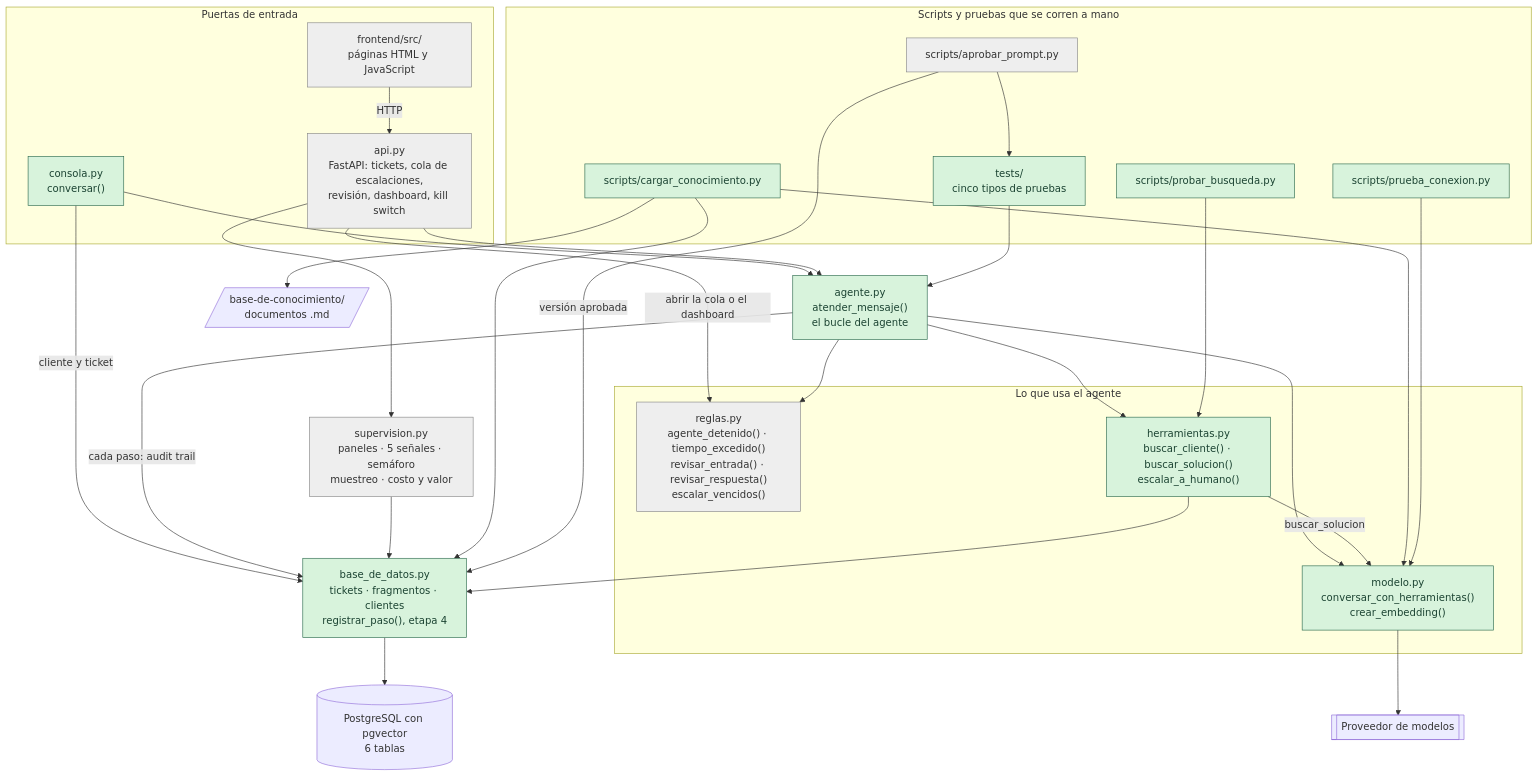
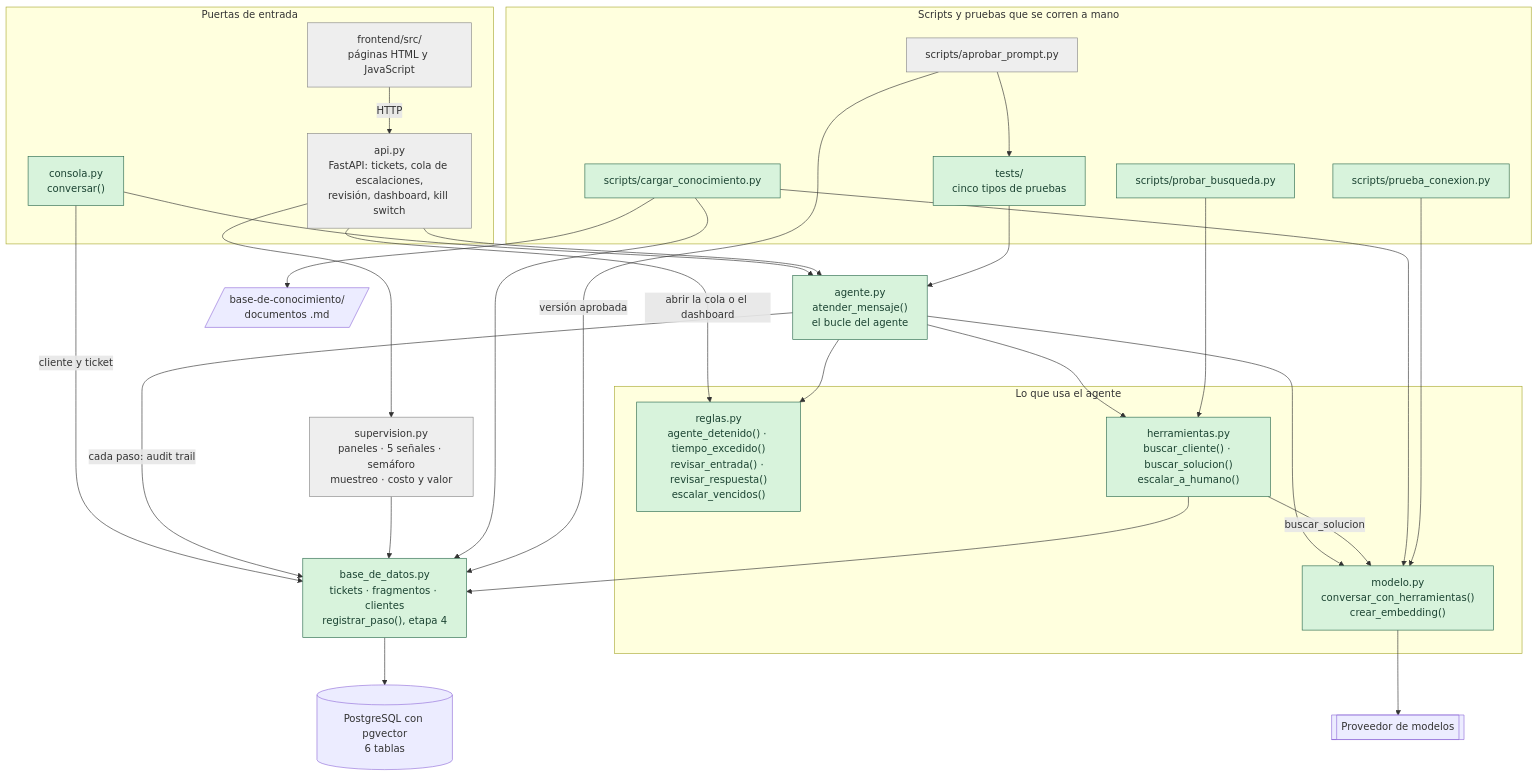
One commit to edgardo001/ai-agent-manager-estudio-aiam-certiprof-studio changed the third of 5 diagrams in estudio/proyecto-agente/agente-soporte-n1/docs/diagramas-del-codigo.md. Above: the diagram before and after it, drawn with Mermaid. The commit also changed other lines of this file and 9 other files, not shown here.

````diff
--- a/estudio/proyecto-agente/agente-soporte-n1/docs/diagramas-del-codigo.md
+++ b/estudio/proyecto-agente/agente-soporte-n1/docs/diagramas-del-codigo.md
@@ -134,60 +144,60 @@
 ```mermaid
 flowchart TD
     subgraph ENTRADAS["Puertas de entrada"]
         CON["consola.py<br/>conversar()"]
         API["api.py<br/>FastAPI: tickets, cola de escalaciones,<br/>revisión, dashboard, kill switch"]
         FRONT["frontend/src/<br/>páginas HTML y JavaScript"]
     end
 
     AGE["agente.py<br/>atender_mensaje()<br/>el bucle del agente"]
 
     subgraph PIEZAS["Lo que usa el agente"]
         REG["reglas.py<br/>agente_detenido() · tiempo_excedido()<br/>revisar_entrada() · revisar_respuesta()<br/>escalar_vencidos()"]
         HER["herramientas.py<br/>buscar_cliente() · buscar_solucion()<br/>escalar_a_humano()"]
         MOD["modelo.py<br/>conversar_con_herramientas()<br/>crear_embedding()"]
     end
 
     SUP["supervision.py<br/>paneles · 5 señales · semáforo<br/>muestreo · costo y valor"]
     BD["base_de_datos.py<br/>tickets · fragmentos · clientes<br/>registrar_paso(), etapa 4"]
 
     subgraph TAREAS["Scripts y pruebas que se corren a mano"]
         CAR["scripts/cargar_conocimiento.py"]
         APR["scripts/aprobar_prompt.py"]
         TST["tests/<br/>cinco tipos de pruebas"]
         PRU["scripts/prueba_conexion.py"]
         PBU["scripts/probar_busqueda.py"]
     end
 
     PG[("PostgreSQL con pgvector<br/>6 tablas")]
     DOCS[/"base-de-conocimiento/<br/>documentos .md"/]
     GEM[["Proveedor de modelos"]]
 
     FRONT -->|HTTP| API
     CON --> AGE
     CON -->|cliente y ticket| BD
     API --> AGE
     API -->|abrir la cola o el dashboard| REG
     API --> SUP
     AGE --> REG
     AGE --> HER
     AGE --> MOD
     AGE -->|cada paso: audit trail| BD
     HER --> BD
     HER -->|buscar_solucion| MOD
     SUP --> BD
     CAR --> DOCS
     CAR --> MOD
     CAR --> BD
     APR --> TST
     APR -->|versión aprobada| BD
     PRU --> MOD
     PBU --> HER
     TST --> AGE
     MOD --> GEM
     BD --> PG
 
     classDef existe fill:#d8f3dc,stroke:#2d6a4f,color:#1b4332
     classDef previsto fill:#eeeeee,stroke:#888888,color:#333333
-    class CON,AGE,HER,MOD,PRU,BD,CAR,PBU,TST existe
-    class API,FRONT,REG,SUP,APR previsto
+    class CON,AGE,HER,MOD,PRU,BD,CAR,PBU,TST,REG existe
+    class API,FRONT,SUP,APR previsto
 ```
````
